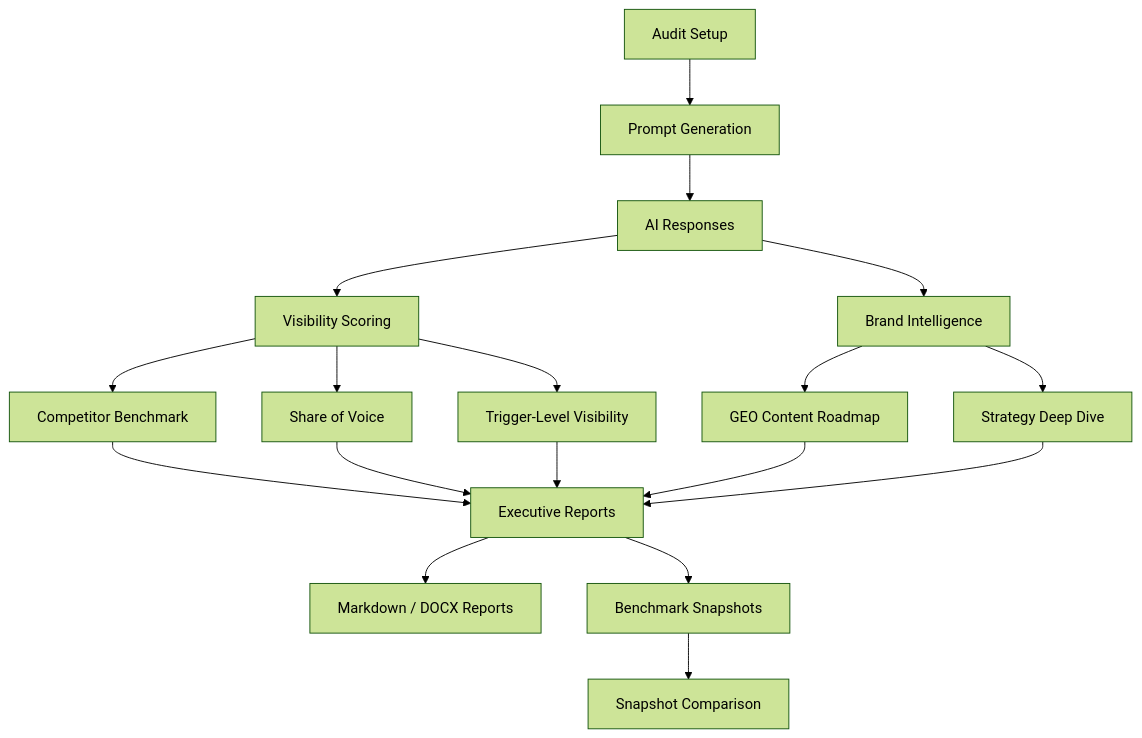
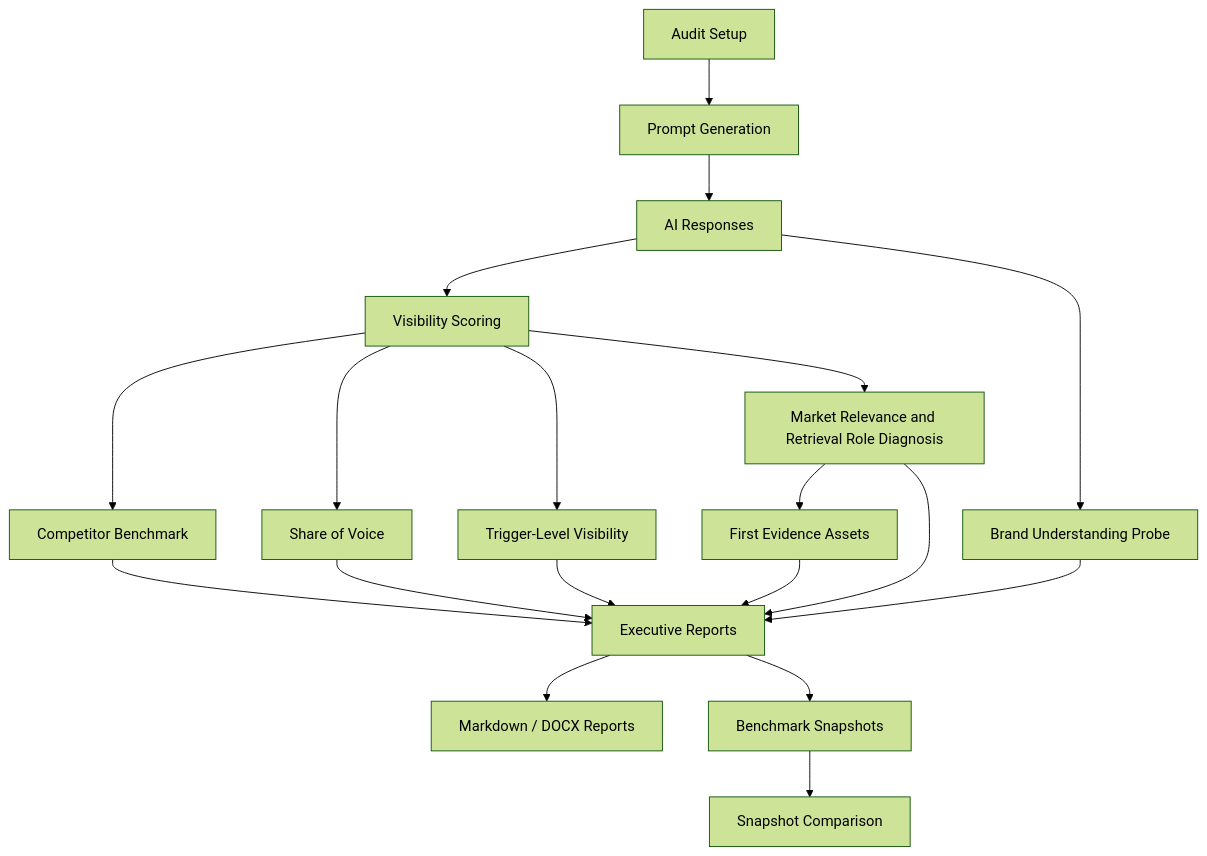
One commit to Godric1201/dermaviduals-brand-analyzer changed the diagram in README.md. Above: the diagram before and after it, drawn with Mermaid (forest theme). The commit also changed other lines of this file and 3 other files, not shown here.

````diff
--- a/README.md
+++ b/README.md
@@ -192,20 +209,21 @@
 ```mermaid
 flowchart TD
     A[Audit Setup] --> B[Prompt Generation]
     B --> C[AI Responses]
     C --> D[Visibility Scoring]
     D --> E[Competitor Benchmark]
     D --> F[Share of Voice]
     D --> G[Trigger-Level Visibility]
-    C --> H[Brand Intelligence]
-    H --> I[GEO Content Roadmap]
-    H --> J[Strategy Deep Dive]
+    C --> H[Brand Understanding Probe]
+    D --> I[Market Relevance and Retrieval Role Diagnosis]
+    I --> J[First Evidence Assets]
     E --> K[Executive Reports]
     F --> K
     G --> K
+    H --> K
     I --> K
     J --> K
     K --> L[Markdown / DOCX Reports]
     K --> M[Benchmark Snapshots]
     M --> N[Snapshot Comparison]
 ```
````
